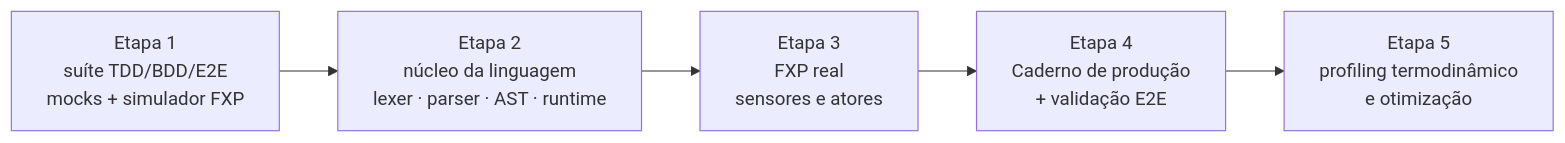
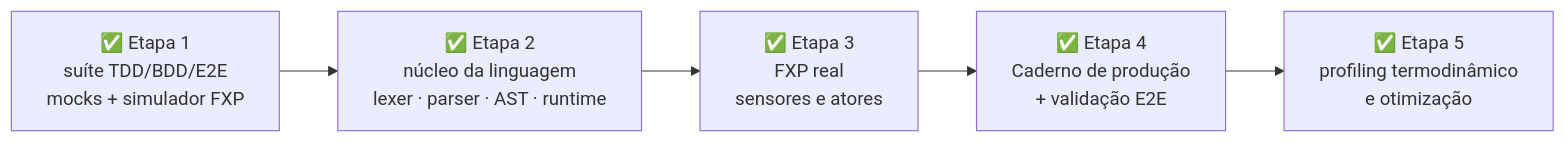
The diagram in docs/PLAN.md (0b3st4f3r4/verbo), drawn with Mermaid before and after one commit. The commit also changed other lines of this file and 30 other files, not shown here.

````diff
--- a/docs/PLAN.md
+++ b/docs/PLAN.md
@@ -9,10 +19,10 @@
 ```mermaid
 flowchart LR
-    E1["Etapa 1<br/>suíte TDD/BDD/E2E<br/>mocks + simulador FXP"]
-    E2["Etapa 2<br/>núcleo da linguagem<br/>lexer · parser · AST · runtime"]
-    E3["Etapa 3<br/>FXP real<br/>sensores e atores"]
-    E4["Etapa 4<br/>Caderno de produção<br/>+ validação E2E"]
-    E5["Etapa 5<br/>profiling termodinâmico<br/>e otimização"]
+    E1["✅ Etapa 1<br/>suíte TDD/BDD/E2E<br/>mocks + simulador FXP"]
+    E2["✅ Etapa 2<br/>núcleo da linguagem<br/>lexer · parser · AST · runtime"]
+    E3["✅ Etapa 3<br/>FXP real<br/>sensores e atores"]
+    E4["✅ Etapa 4<br/>Caderno de produção<br/>+ validação E2E"]
+    E5["✅ Etapa 5<br/>profiling termodinâmico<br/>e otimização"]
 
     E1 --> E2 --> E3 --> E4 --> E5
 ```
````
